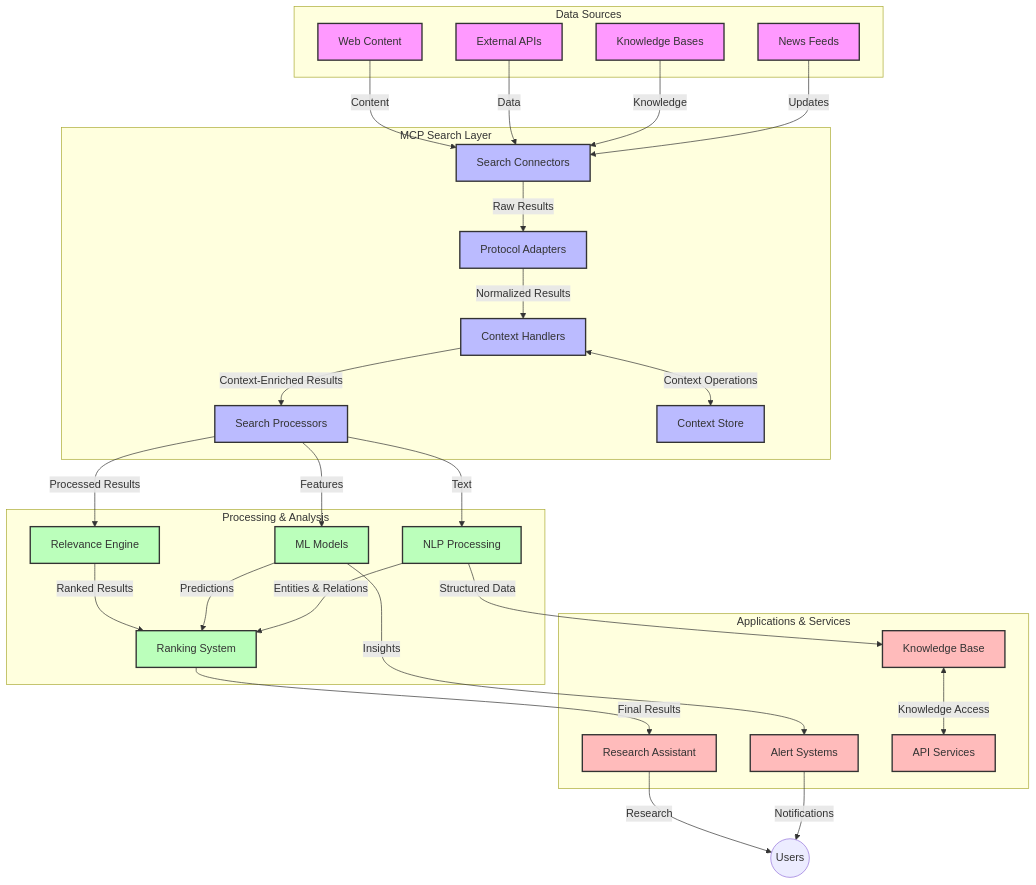
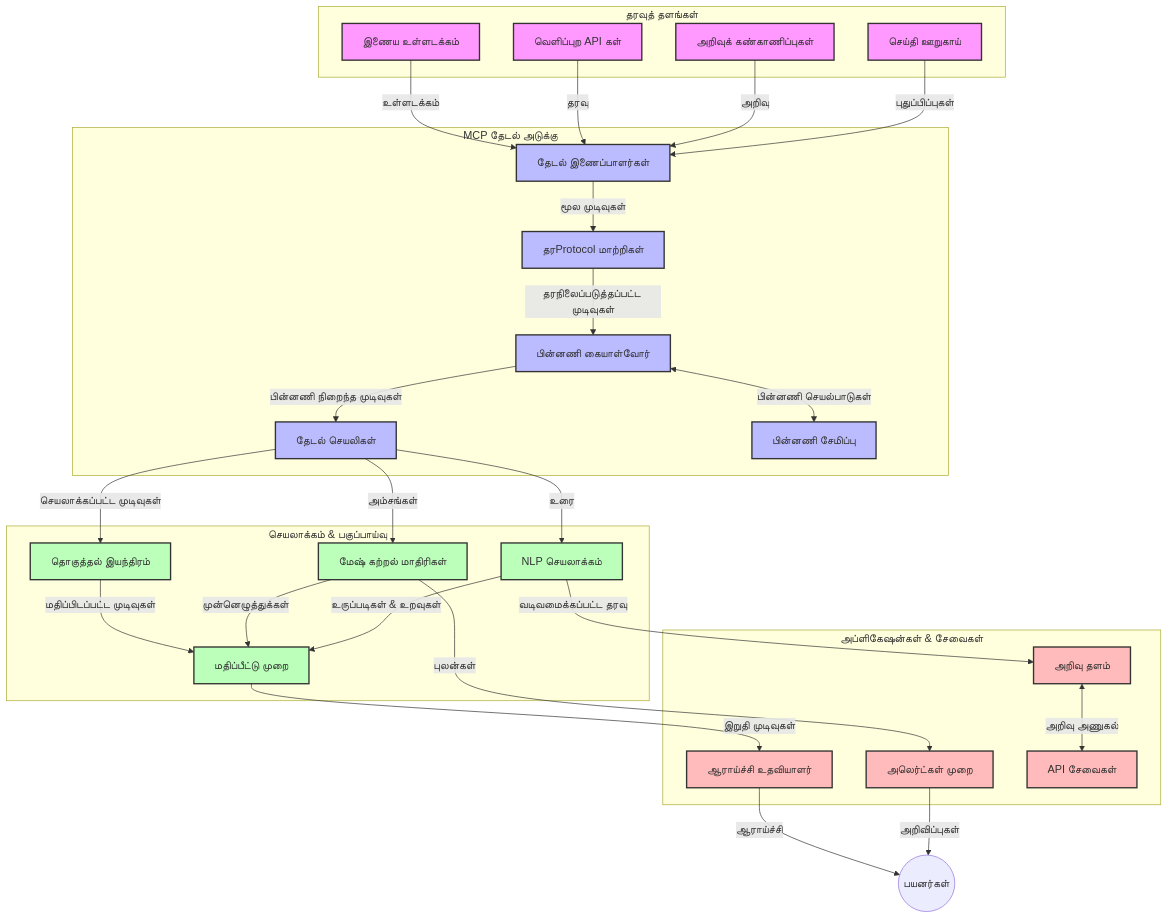
One commit to HIDORAKAI002/ai-workspace-archive changed the first of 4 diagrams in mcp_ecosystem__model_context_protocol/mcp_learning_resources/mcp-for-beginners/translations/ta/05-AdvancedTopics/mcp-realtimesearch/README.md. Above: the diagram before and after it, drawn with Mermaid. The commit also changed other lines of this file and 1539 other files, not shown here.

````diff
--- a/mcp_ecosystem__model_context_protocol/mcp_learning_resources/mcp-for-beginners/translations/ta/05-AdvancedTopics/mcp-realtimesearch/README.md
+++ b/mcp_ecosystem__model_context_protocol/mcp_learning_resources/mcp-for-beginners/translations/ta/05-AdvancedTopics/mcp-realtimesearch/README.md
@@ -109,66 +109,66 @@
 ```mermaid
 graph TD
-    subgraph "Data Sources"
-        Web[Web Content]
-        APIs[External APIs]
-        DB[Knowledge Bases]
-        News[News Feeds]
+    subgraph "தரவுத் தளங்கள்"
+        Web[இணைய உள்ளடக்கம்]
+        APIs[வெளிப்புற API கள்]
+        DB[அறிவுக் கண்காணிப்புகள்]
+        News[செய்தி ஊறுகாய்]
     end
 
-    subgraph "MCP Search Layer"
-        SC[Search Connectors]
-        PA[Protocol Adapters]
-        CH[Context Handlers]
-        SP[Search Processors]
-        CS[Context Store]
+    subgraph "MCP தேடல் அடுக்கு"
+        SC[தேடல் இணைப்பாளர்கள்]
+        PA[தரProtocol மாற்றிகள்]
+        CH[பின்னணி கையாள்வோர்]
+        SP[தேடல் செயலிகள்]
+        CS[பின்னணி சேமிப்பு]
     end
 
-    subgraph "Processing & Analysis"
-        RE[Relevance Engine]
-        ML[ML Models]
-        NLP[NLP Processing]
-        Rank[Ranking System]
+    subgraph "செயலாக்கம் & பகுப்பாய்வு"
+        RE[தொகுத்தல் இயந்திரம்]
+        ML[மேஷ் கற்றல் மாதிரிகள்]
+        NLP[NLP செயலாக்கம்]
+        Rank[மதிப்பீட்டு முறை]
     end
 
-    subgraph "Applications & Services"
-        RA[Research Assistant]
-        Alerts[Alert Systems]
-        KB[Knowledge Base]
-        API[API Services]
+    subgraph "அப்ளிகேஷன்கள் & சேவைகள்"
+        RA[ஆராய்ச்சி உதவியாளர்]
+        Alerts[அலெர்ட்கள் முறை]
+        KB[அறிவு தளம்]
+        API[API சேவைகள்]
     end
 
-    Web -->|Content| SC
-    APIs -->|Data| SC
-    DB -->|Knowledge| SC
-    News -->|Updates| SC
+    Web -->|உள்ளடக்கம்| SC
+    APIs -->|தரவு| SC
+    DB -->|அறிவு| SC
+    News -->|புதுப்பிப்புகள்| SC
     
-    SC -->|Raw Results| PA
-    PA -->|Normalized Results| CH
-    CH <-->|Context Operations| CS
-    CH -->|Context-Enriched Results| SP
-    SP -->|Processed Results| RE
-    SP -->|Features| ML
-    SP -->|Text| NLP
+    SC -->|மூல முடிவுகள்| PA
+    PA -->|தரநிலைப்படுத்தப்பட்ட முடிவுகள்| CH
+    CH <-->|பின்னணி செயல்பாடுகள்| CS
+    CH -->|பின்னணி நிறைந்த முடிவுகள்| SP
+    SP -->|செயலாக்கப்பட்ட முடிவுகள்| RE
+    SP -->|அம்சங்கள்| ML
+    SP -->|உரை| NLP
     
-    RE -->|Ranked Results| Rank
-    ML -->|Predictions| Rank
-    NLP -->|Entities & Relations| Rank
+    RE -->|மதிப்பிடப்பட்ட முடிவுகள்| Rank
+    ML -->|முன்னெழுத்துக்கள்| Rank
+    NLP -->|உருப்படிகள் & உறவுகள்| Rank
     
-    Rank -->|Final Results| RA
-    ML -->|Insights| Alerts
-    NLP -->|Structured Data| KB
+    Rank -->|இறுதி முடிவுகள்| RA
+    ML -->|புலன்கள்| Alerts
+    NLP -->|வடிவமைக்கப்பட்ட தரவு| KB
     
-    RA -->|Research| Users((Users))
-    Alerts -->|Notifications| Users
-    KB <-->|Knowledge Access| API
+    RA -->|ஆராய்ச்சி| Users((பயனர்கள்))
+    Alerts -->|அறிவிப்புகள்| Users
+    KB <-->|அறிவு அணுகல்| API
     
     classDef sources fill:#f9f,stroke:#333,stroke-width:2px
     classDef mcp fill:#bbf,stroke:#333,stroke-width:2px
     classDef processing fill:#bfb,stroke:#333,stroke-width:2px
     classDef apps fill:#fbb,stroke:#333,stroke-width:2px
     
     class Web,APIs,DB,News sources
     class SC,PA,CH,SP,CS mcp
     class RE,ML,NLP,Rank processing
     class RA,Alerts,KB,API apps
 ```
````
